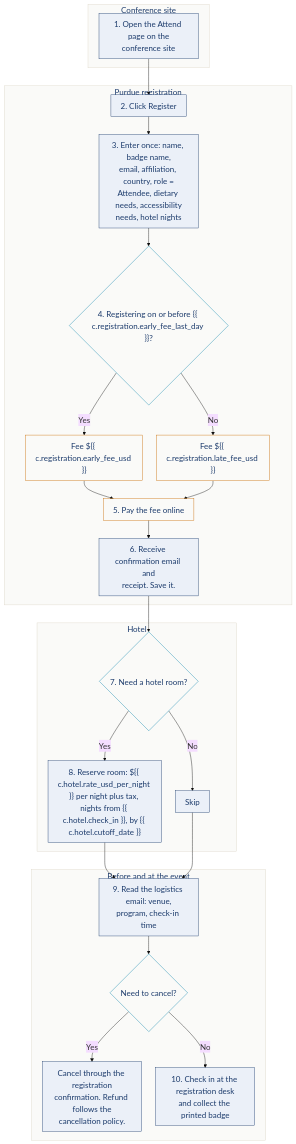
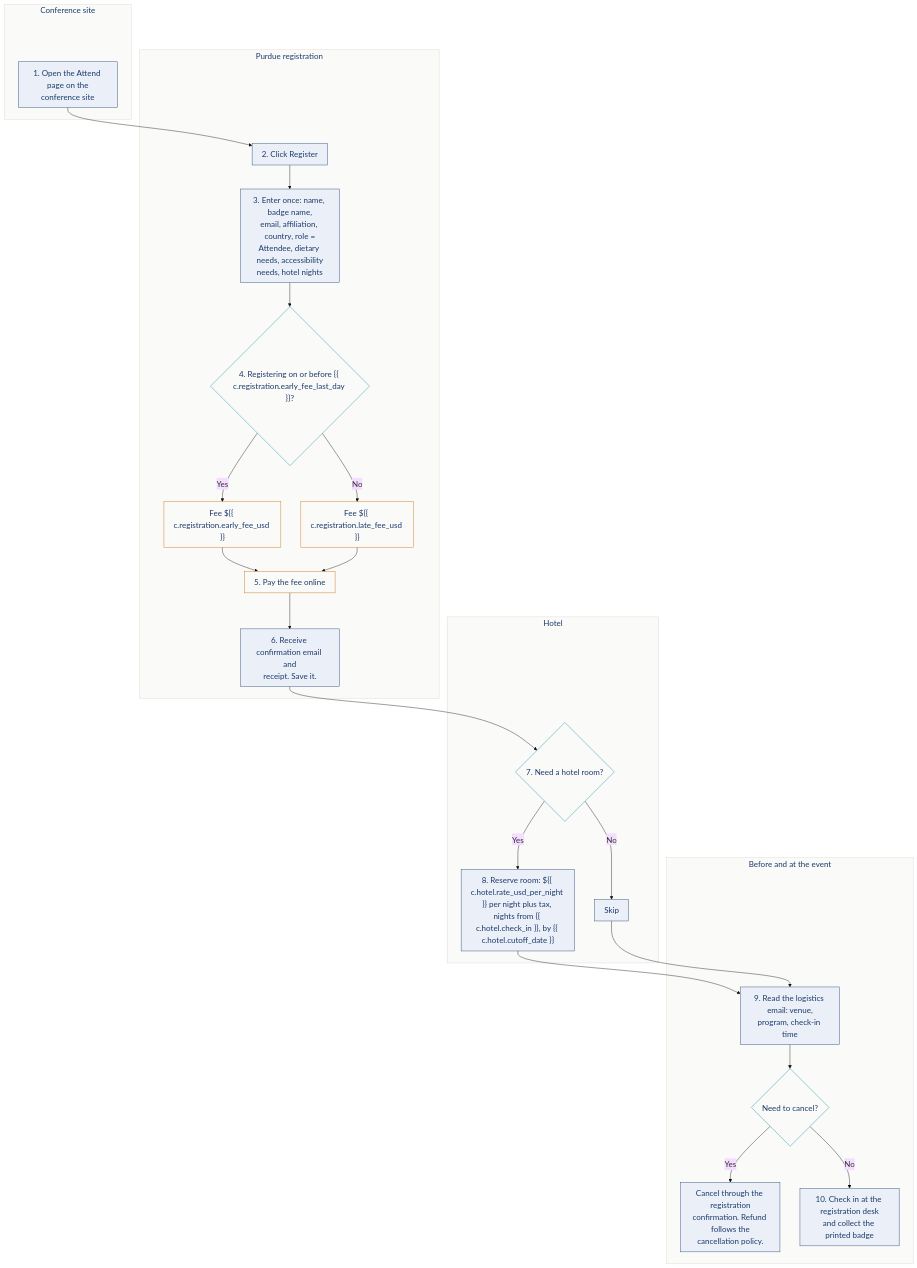
Before and after one commit to serg696f/computational-imaging.github.io: the diagram in workflows/attendee.md, drawn with Mermaid. The commit also changed other lines of this file and 2 other files, not shown here.

Commit message:
Fix diagram fonts and title spacing

````diff
--- a/workflows/attendee.md
+++ b/workflows/attendee.md
@@ -22,46 +23,55 @@
 ```mermaid
-%%{init: {"theme":"base","themeVariables":{"fontSize":"20px","fontFamily":"Space Grotesk, sans-serif"},"flowchart":{"useMaxWidth":false,"nodeSpacing":35,"rankSpacing":45,"padding":12}}}%%
+%%{init: {"theme":"base","themeVariables":{"fontSize":"20px","fontFamily":"Arial, Helvetica, sans-serif"},"flowchart":{"useMaxWidth":false,"nodeSpacing":50,"rankSpacing":60,"padding":12}}}%%
 flowchart TD
   subgraph SITE["Conference site"]
+    SITE_sp[" "]:::spacer
     A1["1. Open the Attend page on the<br/>conference site"]
   end
   subgraph REG["Purdue registration"]
+    REG_sp[" "]:::spacer
     A2["2. Click Register"]
     A3["3. Enter once: name, badge name,<br/>email, affiliation, country, role =<br/>Attendee, dietary needs, accessibility<br/>needs, hotel nights"]
     D1{"4. Registering on or before {{ c.registration.early_fee_last_day }}?"}
     F1["Fee ${{ c.registration.early_fee_usd }}"]
     F2["Fee ${{ c.registration.late_fee_usd }}"]
     A4["5. Pay the fee online"]
     A5["6. Receive confirmation email and<br/>receipt. Save it."]
   end
   subgraph HOTEL["Hotel"]
+    HOTEL_sp[" "]:::spacer
     D2{"7. Need a hotel room?"}
     H1["8. Reserve room: ${{ c.hotel.rate_usd_per_night }} per night plus tax, nights from {{ c.hotel.check_in }}, by {{ c.hotel.cutoff_date }}"]
     H2["Skip"]
   end
   subgraph EVENT["Before and at the event"]
+    EVENT_sp[" "]:::spacer
     A6["9. Read the logistics email: venue,<br/>program, check-in time"]
     D3{"Need to cancel?"}
     C1["Cancel through the registration<br/>confirmation. Refund follows the<br/>cancellation policy."]
     A7["10. Check in at the registration desk<br/>and collect the printed badge"]
   end
   A1 --> A2 --> A3 --> D1
   D1 -- Yes --> F1 --> A4
   D1 -- No --> F2 --> A4
   A4 --> A5 --> D2
   D2 -- Yes --> H1 --> A6
   D2 -- No --> H2 --> A6
   A6 --> D3
   D3 -- Yes --> C1
   D3 -- No --> A7
+  SITE_sp ~~~ A1
+  REG_sp ~~~ A2
+  HOTEL_sp ~~~ D2
+  EVENT_sp ~~~ A6
   style SITE fill:#FAFAF8,stroke:#DDD6C8,color:#1B3A6B
   style REG fill:#FAFAF8,stroke:#DDD6C8,color:#1B3A6B
   style HOTEL fill:#FAFAF8,stroke:#DDD6C8,color:#1B3A6B
   style EVENT fill:#FAFAF8,stroke:#DDD6C8,color:#1B3A6B
   classDef step fill:#EBF0F8,stroke:#1B3A6B,color:#1B3A6B;
   classDef pay fill:#FAFAF8,stroke:#C96A00,color:#1B3A6B;
   classDef gate fill:#FAFAF8,stroke:#007EA8,color:#1B3A6B;
   class A1,A2,A3,A5,A6,A7,H1,H2,C1 step;
   class F1,F2,A4 pay;
   class D1,D2,D3 gate;
+  classDef spacer fill:none,stroke:none,color:#FAFAF8;
 ```
````
